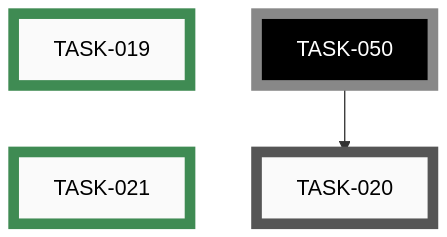
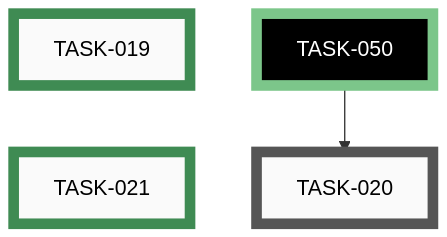
Before and after one commit to tgd1975/PartsLedger: the third of 9 diagrams in docs/developers/tasks/EPICS.md, drawn with Mermaid. The commit also changed other lines of this file and 28 other files, not shown here.

````diff
--- a/docs/developers/tasks/EPICS.md
+++ b/docs/developers/tasks/EPICS.md
@@ -149,21 +149,21 @@
 ```mermaid
 graph TD
     TASK_020["TASK-020"]:::open
     TASK_019["TASK-019"]:::closed
     TASK_021["TASK-021"]:::closed
-    TASK_050["TASK-050"]:::openExt
+    TASK_050["TASK-050"]:::closedExt
     TASK_050 --> TASK_020
     TASK_019 ~~~ TASK_021
     click TASK_020 "open/task-020-page-gen-auto-trigger.md"
     click TASK_019 "closed/task-019-hedge-language-lint.md"
     click TASK_021 "closed/task-021-family-page-proactive-suggestion.md"
-    click TASK_050 "open/task-050-skill-sync-chain.md"
+    click TASK_050 "closed/task-050-skill-sync-chain.md"
     classDef open    fill:#FAFAFA,stroke:#555,stroke-width:8px,color:#000
     classDef active  fill:#FAFAFA,stroke:#1A6FA8,stroke-width:8px,color:#000
     classDef closed  fill:#FAFAFA,stroke:#3F8B53,stroke-width:8px,color:#000
     classDef paused  fill:#FAFAFA,stroke:#B07810,stroke-width:8px,color:#000
     classDef openExt    fill:#000,stroke:#888,stroke-width:8px,color:#FFF
     classDef activeExt  fill:#000,stroke:#3FA9F5,stroke-width:8px,color:#FFF
     classDef closedExt  fill:#000,stroke:#7CC68A,stroke-width:8px,color:#FFF
     classDef pausedExt  fill:#000,stroke:#F0B030,stroke-width:8px,color:#FFF
 ```
````
